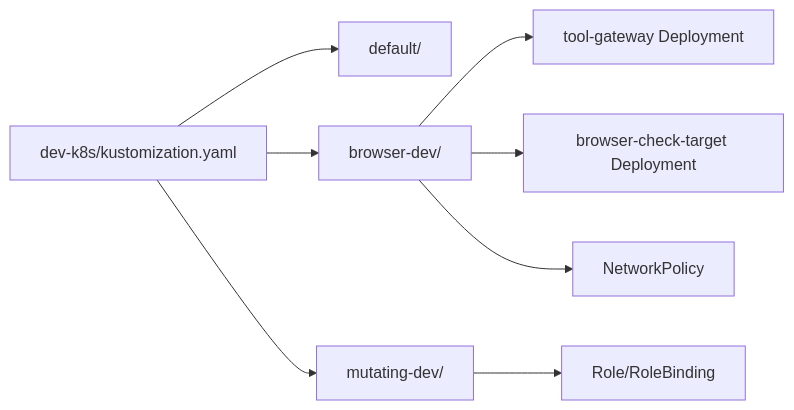
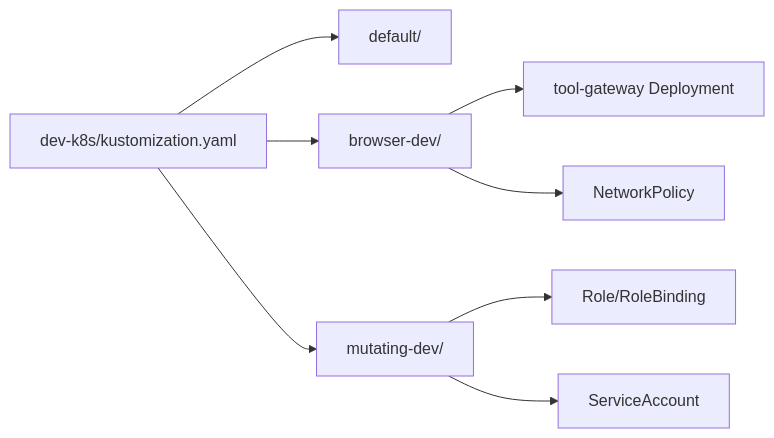
The sixth of 6 diagrams in .qoder/repowiki/en/content/Deployment and Operations/Kubernetes Deployment/Runtime Profiles.md (metasync/luban-aiops), drawn with Mermaid before and after one commit. The commit also changed other lines of this file and 102 other files, not shown here.

````diff
--- a/.qoder/repowiki/en/content/Deployment and Operations/Kubernetes Deployment/Runtime Profiles.md
+++ b/.qoder/repowiki/en/content/Deployment and Operations/Kubernetes Deployment/Runtime Profiles.md
@@ -287,18 +298,18 @@
 ```mermaid
 graph LR
 DevK8s["dev-k8s/kustomization.yaml"]
 Def["default/"]
 Br["browser-dev/"]
 Mut["mutating-dev/"]
 TG["tool-gateway Deployment"]
-BCT["browser-check-target Deployment"]
 NP["NetworkPolicy"]
 RB["Role/RoleBinding"]
+SA["ServiceAccount"]
 DevK8s --> Def
 DevK8s --> Br
 DevK8s --> Mut
 Br --> TG
-Br --> BCT
 Br --> NP
 Mut --> RB
+Mut --> SA
 ```
````
